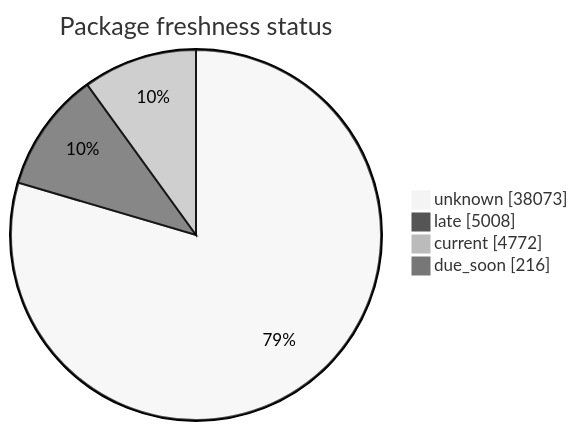
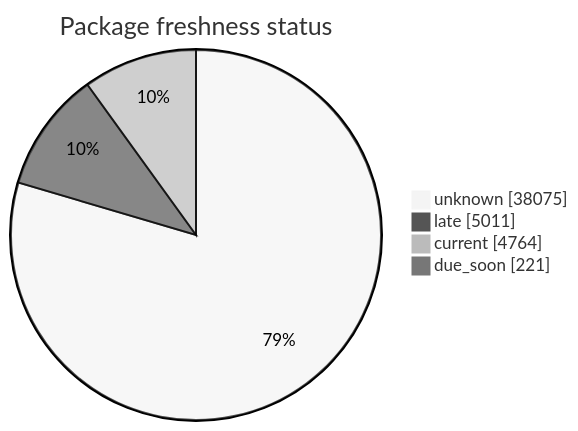
The second of 5 diagrams in FreshCheck/README.md (open-data/analytics-corporate-reporting), drawn with Mermaid (neutral theme) before and after one commit. The commit also changed other lines of this file and 3 other files, not shown here.

````diff
--- a/FreshCheck/README.md
+++ b/FreshCheck/README.md
@@ -68,7 +68,7 @@
 ```mermaid
 pie showData title Package freshness status
-    "unknown": 38073
-    "late": 5008
-    "current": 4772
-    "due_soon": 216
+    "unknown": 38075
+    "late": 5011
+    "current": 4764
+    "due_soon": 221
 ```
````
